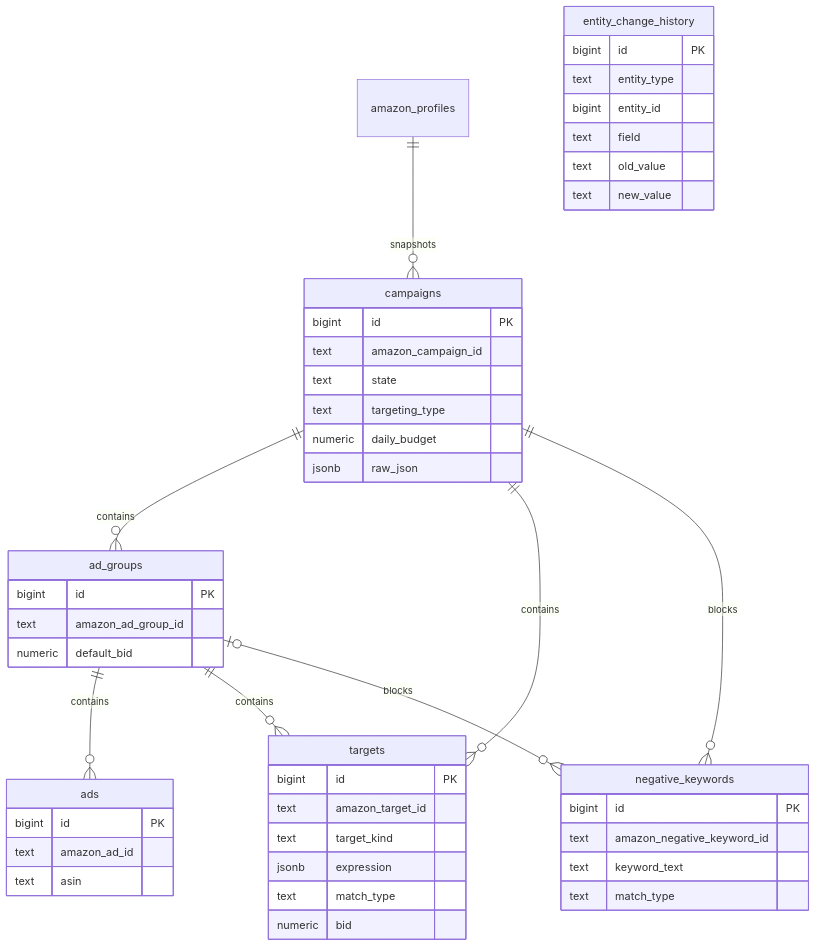
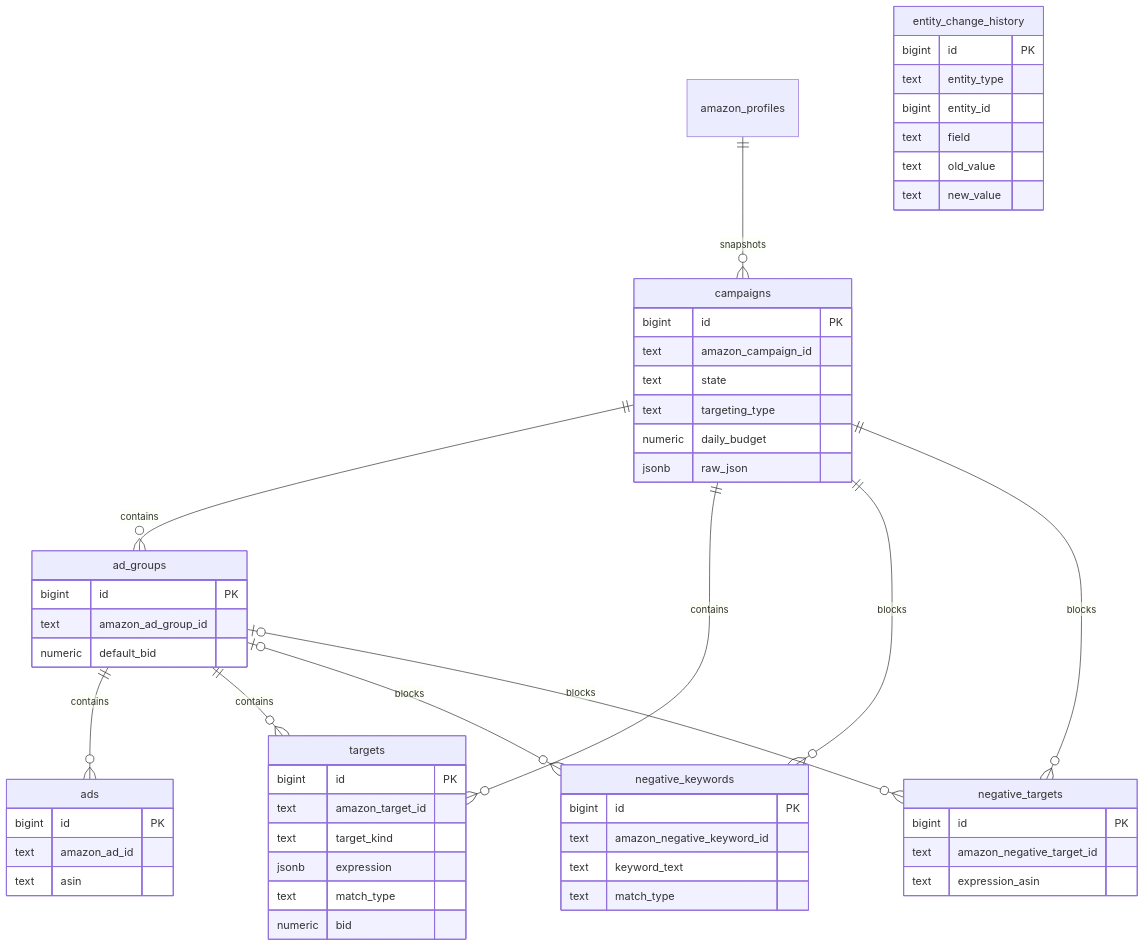
The third of 4 diagrams in website/architecture/data-model.md (simonScheff/amazon-king), drawn with Mermaid before and after one commit. The commit also changed other lines of this file and 48 other files, not shown here.

First line of the commit message:
feat: add support for negative ASIN targets in campaign management

````diff
--- a/website/architecture/data-model.md
+++ b/website/architecture/data-model.md
@@ -152,51 +154,58 @@
 ```mermaid
 erDiagram
     amazon_profiles ||--o{ campaigns : snapshots
     campaigns ||--o{ ad_groups : contains
     ad_groups ||--o{ ads : contains
     campaigns ||--o{ targets : contains
     ad_groups ||--o{ targets : contains
     campaigns ||--o{ negative_keywords : blocks
     ad_groups |o--o{ negative_keywords : blocks
+    campaigns ||--o{ negative_targets : blocks
+    ad_groups |o--o{ negative_targets : blocks
 
     campaigns {
         bigint id PK
         text amazon_campaign_id
         text state
         text targeting_type
         numeric daily_budget
         jsonb raw_json
     }
     ad_groups {
         bigint id PK
         text amazon_ad_group_id
         numeric default_bid
     }
     ads {
         bigint id PK
         text amazon_ad_id
         text asin
     }
     targets {
         bigint id PK
         text amazon_target_id
         text target_kind
         jsonb expression
         text match_type
         numeric bid
     }
     negative_keywords {
         bigint id PK
         text amazon_negative_keyword_id
         text keyword_text
         text match_type
     }
+    negative_targets {
+        bigint id PK
+        text amazon_negative_target_id
+        text expression_asin
+    }
     entity_change_history {
         bigint id PK
         text entity_type
         bigint entity_id
         text field
         text old_value
         text new_value
     }
 ```
````
